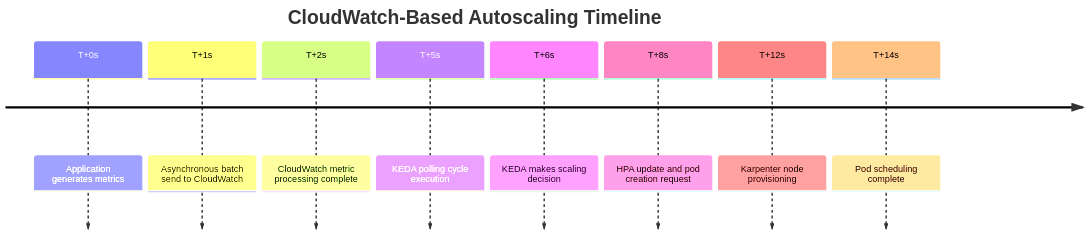
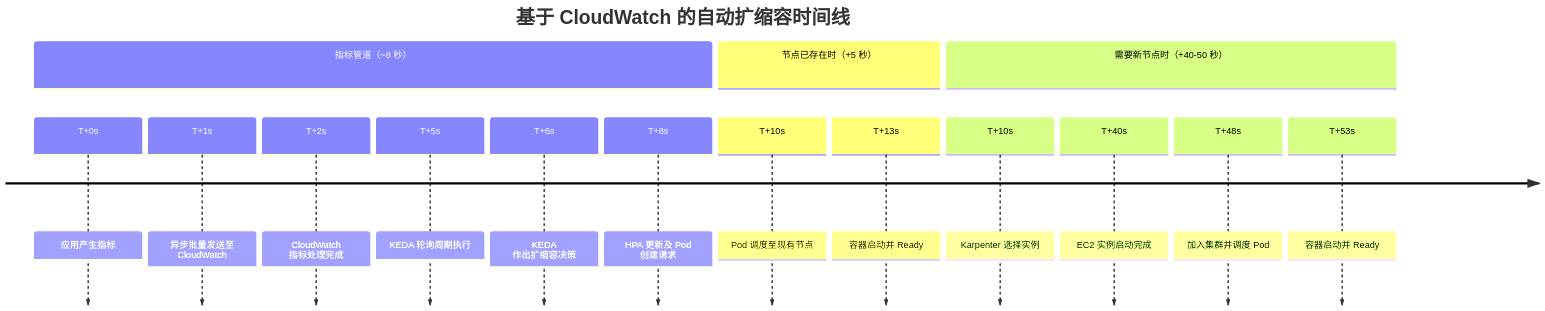
The sixth of 18 diagrams in i18n/zh/docusaurus-plugin-content-docs/current/infrastructure-optimization/karpenter-autoscaling.md (devfloor9/engineering-playbook), drawn with Mermaid before and after one commit. The commit also changed other lines of this file and 43 other files, not shown here.

````diff
--- a/i18n/zh/docusaurus-plugin-content-docs/current/infrastructure-optimization/karpenter-autoscaling.md
+++ b/i18n/zh/docusaurus-plugin-content-docs/current/infrastructure-optimization/karpenter-autoscaling.md
@@ -178,13 +407,22 @@
 ```mermaid
 timeline
-    title CloudWatch-Based Autoscaling Timeline
+    title 基于 CloudWatch 的自动扩缩容时间线
 
-    T+0s  : Application generates metrics
-    T+1s  : Asynchronous batch send to CloudWatch
-    T+2s  : CloudWatch metric processing complete
-    T+5s  : KEDA polling cycle execution
-    T+6s  : KEDA makes scaling decision
-    T+8s  : HPA update and pod creation request
-    T+12s : Karpenter node provisioning
-    T+14s : Pod scheduling complete
+    section 指标管道（~8 秒）
+        T+0s  : 应用产生指标
+        T+1s  : 异步批量发送至 CloudWatch
+        T+2s  : CloudWatch 指标处理完成
+        T+5s  : KEDA 轮询周期执行
+        T+6s  : KEDA 作出扩缩容决策
+        T+8s  : HPA 更新及 Pod 创建请求
+
+    section 节点已存在时（+5 秒）
+        T+10s : Pod 调度至现有节点
+        T+13s : 容器启动并 Ready
+
+    section 需要新节点时（+40-50 秒）
+        T+10s : Karpenter 选择实例
+        T+40s : EC2 实例启动完成
+        T+48s : 加入集群并调度 Pod
+        T+53s : 容器启动并 Ready
 ```
````
